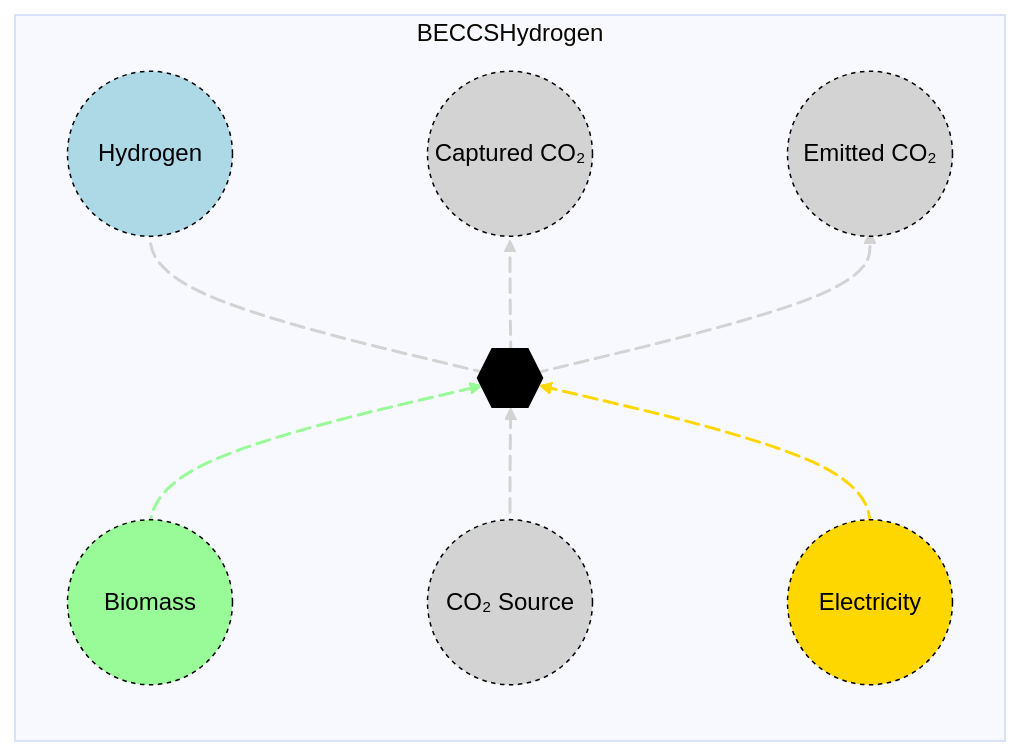
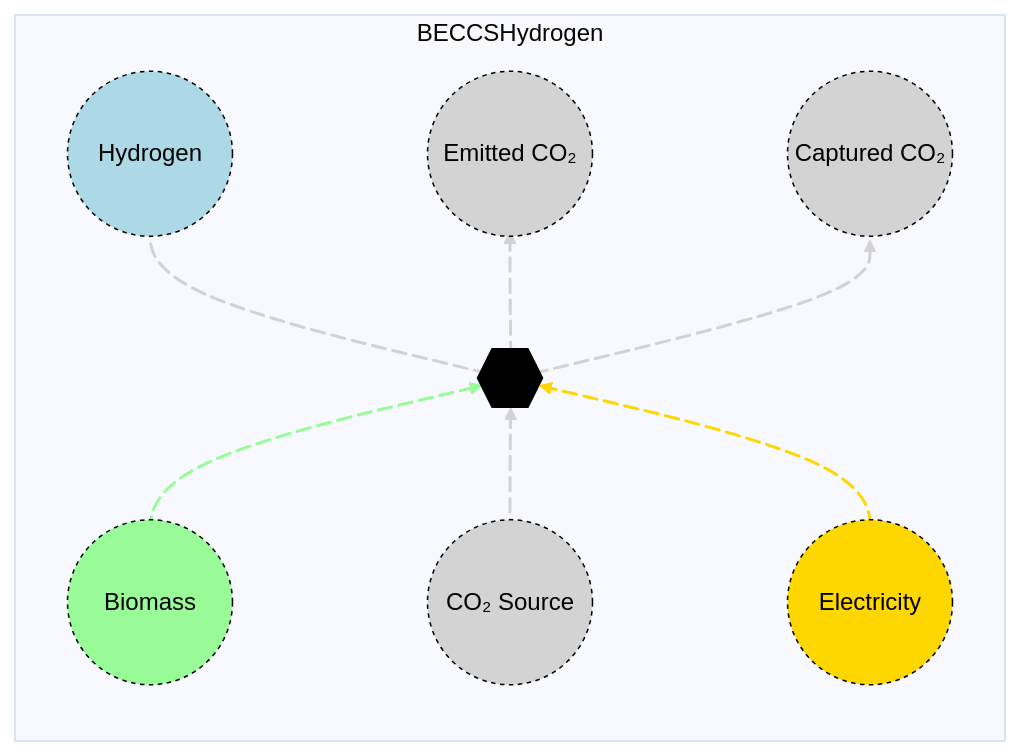
Before and after one commit to openmod-tracker/MacroEnergy.jl: the diagram in docs/src/Manual/assets/beccshydrogen.md, drawn with Mermaid. The commit also changed other lines of this file and 14 other files, not shown here.

````diff
--- a/docs/src/Manual/assets/beccshydrogen.md
+++ b/docs/src/Manual/assets/beccshydrogen.md
@@ -25,33 +25,33 @@
 ```mermaid
 %%{init: {'theme': 'base', 'themeVariables': { 'background': '#D1EBDE' }}}%%
 flowchart LR
   subgraph BECCSHydrogen
   direction BT
     B((Biomass)) e1@--> A{{..}}
     C((CO₂ Source)) e2@--> A
     D((Electricity)) e3@--> A
     A e4@--> E((Hydrogen))
-    A e5@--> F((Captured CO₂))
-    A e6@--> G((Emitted CO₂))
+    A e5@--> F((Emitted CO₂))
+    A e6@--> G((Captured CO₂))
     e1@{ animate: true }
     e2@{ animate: true }
     e3@{ animate: true }
     e4@{ animate: true }
     e5@{ animate: true }
     e6@{ animate: true }
  end
     style A fill:black,stroke:black,color:black;
     style B r:55px,fill:palegreen,stroke:black,color:black, stroke-dasharray: 3,5;
     style C r:55px,fill:lightgray,stroke:black,color:black, stroke-dasharray: 3,5;
     style D r:55px,fill:#FFD700,stroke:black,color:black, stroke-dasharray: 3,5;
     style E r:55px,fill:lightblue,stroke:black,color:black, stroke-dasharray: 3,5;
     style F r:55px,fill:lightgray,stroke:black,color:black, stroke-dasharray: 3,5;
     style G r:55px,fill:lightgray,stroke:black,color:black, stroke-dasharray: 3,5;
 
     linkStyle 0 stroke:palegreen, stroke-width: 2px;
     linkStyle 1 stroke:lightgray, stroke-width: 2px;
     linkStyle 2 stroke:#FFD700, stroke-width: 2px;
     linkStyle 3 stroke:lightgray, stroke-width: 2px;
     linkStyle 4 stroke:lightgray, stroke-width: 2px;
     linkStyle 5 stroke:lightgray, stroke-width: 2px;
 ```
````
